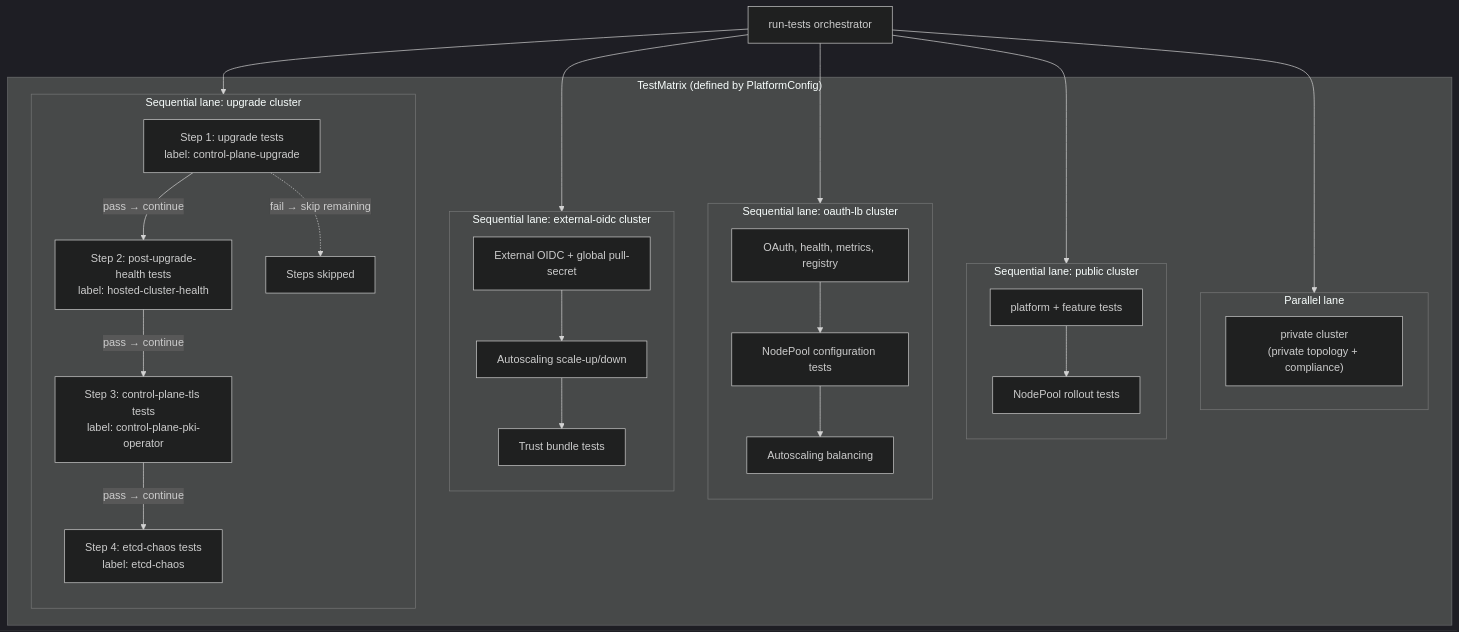
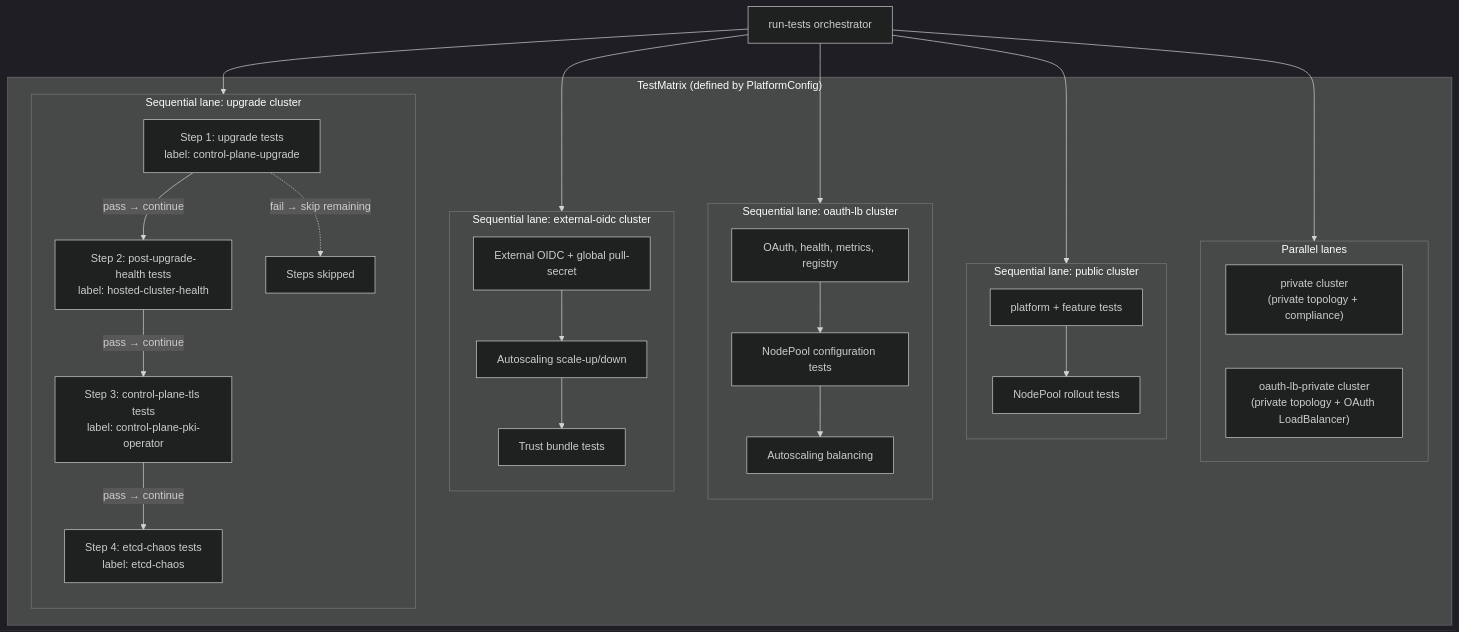
One commit to openshift/hypershift changed the third of 4 diagrams in docs/content/how-to/ci/v2-testing/test-flow.md. Above: the diagram before and after it, drawn with Mermaid (dark theme). The commit also changed other lines of this file and 1 other file, not shown here.

First line of the commit message:
docs: align Azure lifecycle flow with test matrix

````diff
--- a/docs/content/how-to/ci/v2-testing/test-flow.md
+++ b/docs/content/how-to/ci/v2-testing/test-flow.md
@@ -293,48 +295,49 @@
 ```mermaid
 flowchart TD
     subgraph TestMatrix["TestMatrix (defined by PlatformConfig)"]
-        subgraph Parallel["Parallel lane"]
+        subgraph Parallel["Parallel lanes"]
             P1["private cluster<br/>(private topology + compliance)"]
+            P2["oauth-lb-private cluster<br/>(private topology + OAuth LoadBalancer)"]
         end
 
         subgraph Public["Sequential lane: public cluster"]
             direction TB
             PUB1["platform + feature tests"]
             PUB2["NodePool rollout tests"]
             PUB1 --> PUB2
         end
 
         subgraph OAuth["Sequential lane: oauth-lb cluster"]
             direction TB
             OAUTH1["OAuth, health, metrics, registry"]
             OAUTH2["NodePool configuration tests"]
             OAUTH3["Autoscaling balancing"]
             OAUTH1 --> OAUTH2 --> OAUTH3
         end
 
         subgraph OIDC["Sequential lane: external-oidc cluster"]
             direction TB
             OIDC1["External OIDC + global pull-secret"]
             OIDC2["Autoscaling scale-up/down"]
             OIDC3["Trust bundle tests"]
             OIDC1 --> OIDC2 --> OIDC3
         end
 
         subgraph Sequential["Sequential lane: upgrade cluster"]
             direction TB
             S1["Step 1: upgrade tests<br/>label: control-plane-upgrade"]
             S2["Step 2: post-upgrade-health tests<br/>label: hosted-cluster-health"]
             S3["Step 3: control-plane-tls tests<br/>label: control-plane-pki-operator"]
             S4["Step 4: etcd-chaos tests<br/>label: etcd-chaos"]
             S1 -->|"pass → continue"| S2 -->|"pass → continue"| S3 -->|"pass → continue"| S4
             S1 -.->|"fail → skip remaining"| SKIP["Steps skipped"]
         end
     end
 
     RT["run-tests orchestrator"] --> Parallel
     RT --> Public
     RT --> OAuth
     RT --> OIDC
     RT --> Sequential
 
 ```
````
